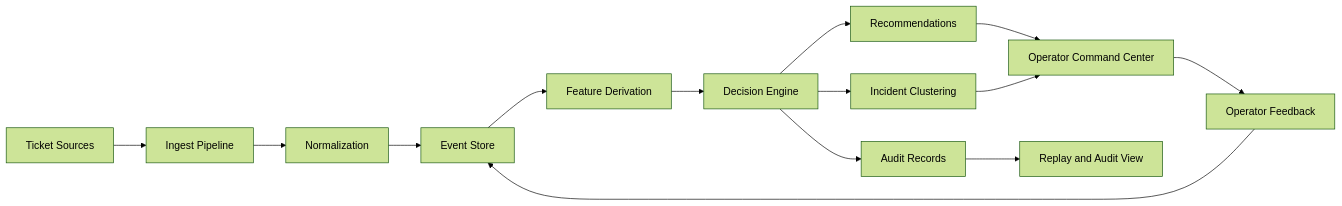
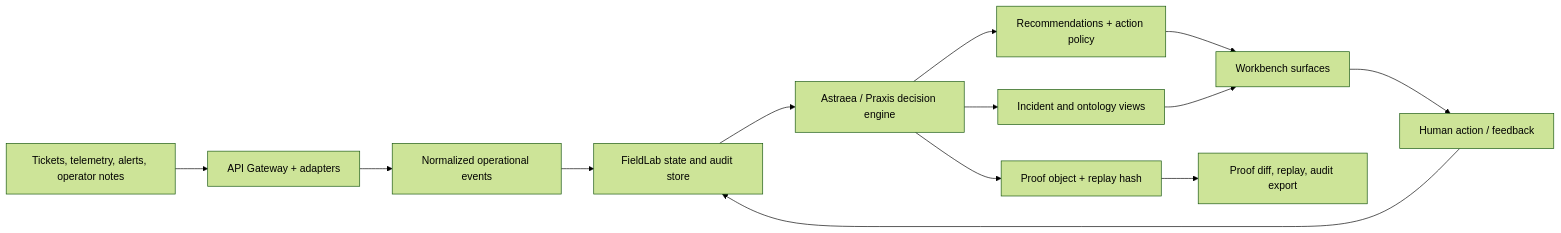
The first of 3 diagrams in docs/architecture/system-overview.md (AngelP17/Praxis), drawn with Mermaid (forest theme) before and after one commit. The commit also changed other lines of this file and 9 other files, not shown here.

Commit message:
Refresh deployment and architecture docs

````diff
--- a/docs/architecture/system-overview.md
+++ b/docs/architecture/system-overview.md
@@ -7,16 +7,15 @@
 ```mermaid
 flowchart LR
-    A[Ticket Sources] --> B[Ingest Pipeline]
-    B --> C[Normalization]
-    C --> D[Event Store]
-    D --> E[Feature Derivation]
-    E --> F[Decision Engine]
-    F --> G[Recommendations]
-    F --> H[Incident Clustering]
-    F --> I[Audit Records]
-    G --> J[Operator Command Center]
-    H --> J
-    I --> K[Replay and Audit View]
-    J --> L[Operator Feedback]
-    L --> D
+    A["Tickets, telemetry, alerts, operator notes"] --> B["API Gateway + adapters"]
+    B --> C["Normalized operational events"]
+    C --> D["FieldLab state and audit store"]
+    D --> E["Astraea / Praxis decision engine"]
+    E --> F["Recommendations + action policy"]
+    E --> G["Incident and ontology views"]
+    E --> H["Proof object + replay hash"]
+    F --> I["Workbench surfaces"]
+    G --> I
+    H --> J["Proof diff, replay, audit export"]
+    I --> K["Human action / feedback"]
+    K --> D
 ```
````
